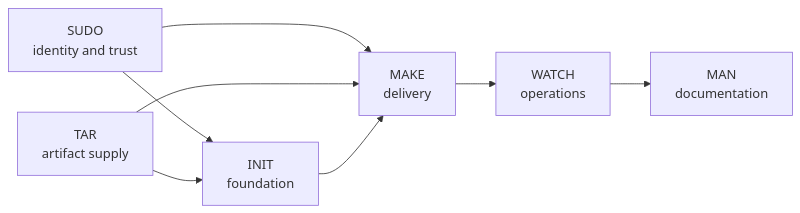
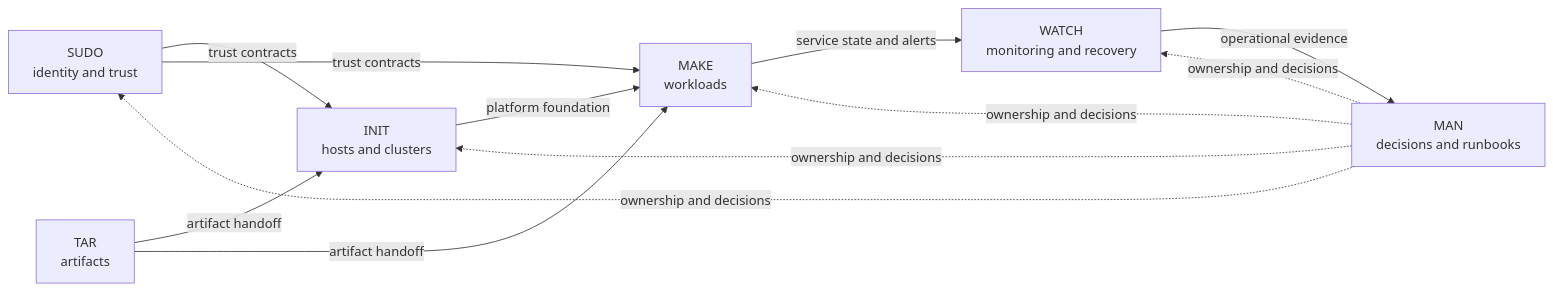
Before and after one commit to max-vie/shell: the diagram in README.md, drawn with Mermaid. The commit also changed other lines of this file, not shown here.

````diff
--- a/README.md
+++ b/README.md
@@ -7,10 +7,14 @@
 ```mermaid
 flowchart LR
-    SUDO["SUDO<br/>identity and trust"] --> INIT["INIT<br/>foundation"]
-    SUDO --> MAKE["MAKE<br/>delivery"]
-    TAR["TAR<br/>artifact supply"] --> INIT
-    TAR --> MAKE
-    INIT --> MAKE
-    MAKE --> WATCH["WATCH<br/>operations"]
-    WATCH --> MAN["MAN<br/>documentation"]
+    SUDO["SUDO<br/>identity and trust"] -->|trust contracts| INIT["INIT<br/>hosts and clusters"]
+    TAR["TAR<br/>artifacts"] -->|artifact handoff| INIT
+    INIT -->|platform foundation| MAKE["MAKE<br/>workloads"]
+    SUDO -->|trust contracts| MAKE
+    TAR -->|artifact handoff| MAKE
+    MAKE -->|service state and alerts| WATCH["WATCH<br/>monitoring and recovery"]
+    WATCH -->|operational evidence| MAN["MAN<br/>decisions and runbooks"]
+    MAN -. ownership and decisions .-> SUDO
+    MAN -. ownership and decisions .-> INIT
+    MAN -. ownership and decisions .-> MAKE
+    MAN -. ownership and decisions .-> WATCH
 ```
````
